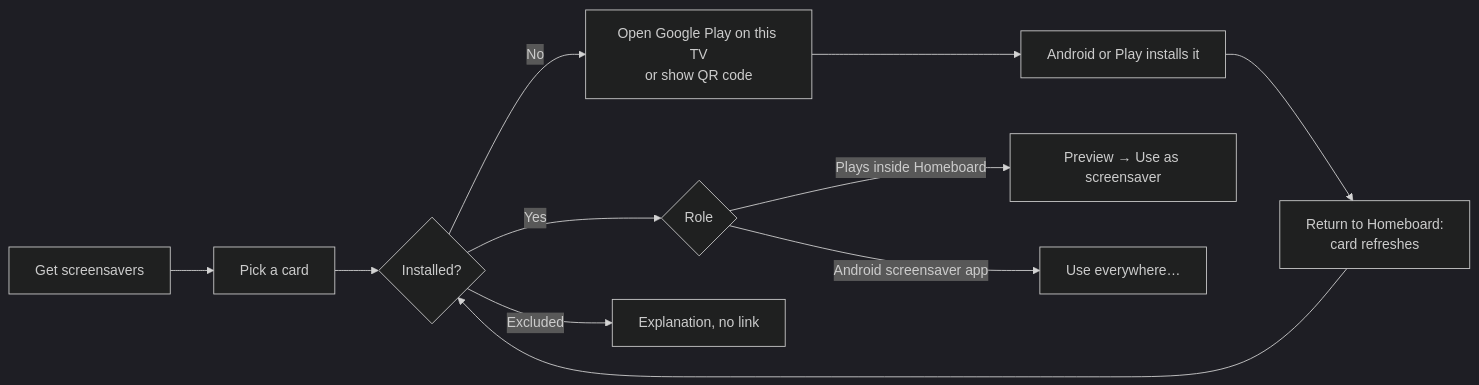
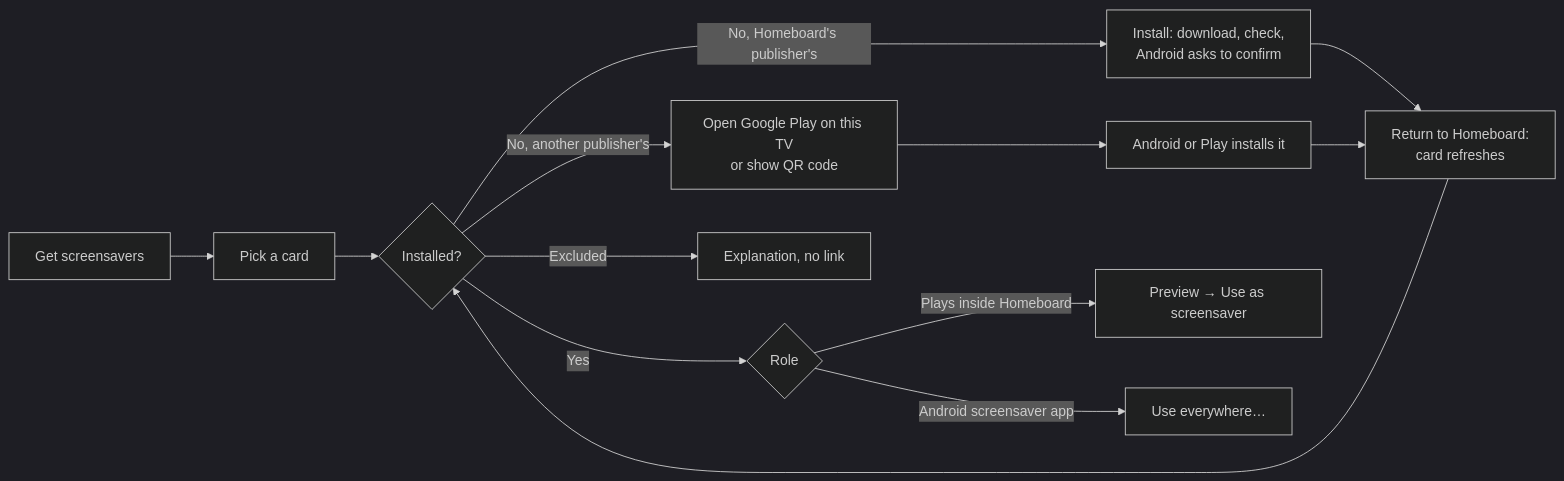
One commit to wbniv/homeboard-tv changed the third of 5 diagrams in docs/plans/2026-11-20-screensavers.md. Above: the diagram before and after it, drawn with Mermaid (dark theme). The commit also changed other lines of this file and 7 other files, not shown here.

````diff
--- a/docs/plans/2026-11-20-screensavers.md
+++ b/docs/plans/2026-11-20-screensavers.md
@@ -179,13 +188,15 @@
 ```mermaid
 flowchart LR
     A[Get screensavers] --> B[Pick a card]
     B --> C{Installed?}
-    C -->|No| D[Open Google Play on this TV<br/>or show QR code]
+    C -->|No, another publisher's| D[Open Google Play on this TV<br/>or show QR code]
+    C -->|No, Homeboard's publisher's| I2[Install: download, check,<br/>Android asks to confirm]
+    I2 --> F
     D --> E[Android or Play installs it]
     E --> F[Return to Homeboard:<br/>card refreshes]
     F --> C
     C -->|Yes| G{Role}
     G -->|Plays inside Homeboard| H[Preview → Use as screensaver]
     G -->|Android screensaver app| I[Use everywhere…]
     C -->|Excluded| X[Explanation, no link]
 ```
````
